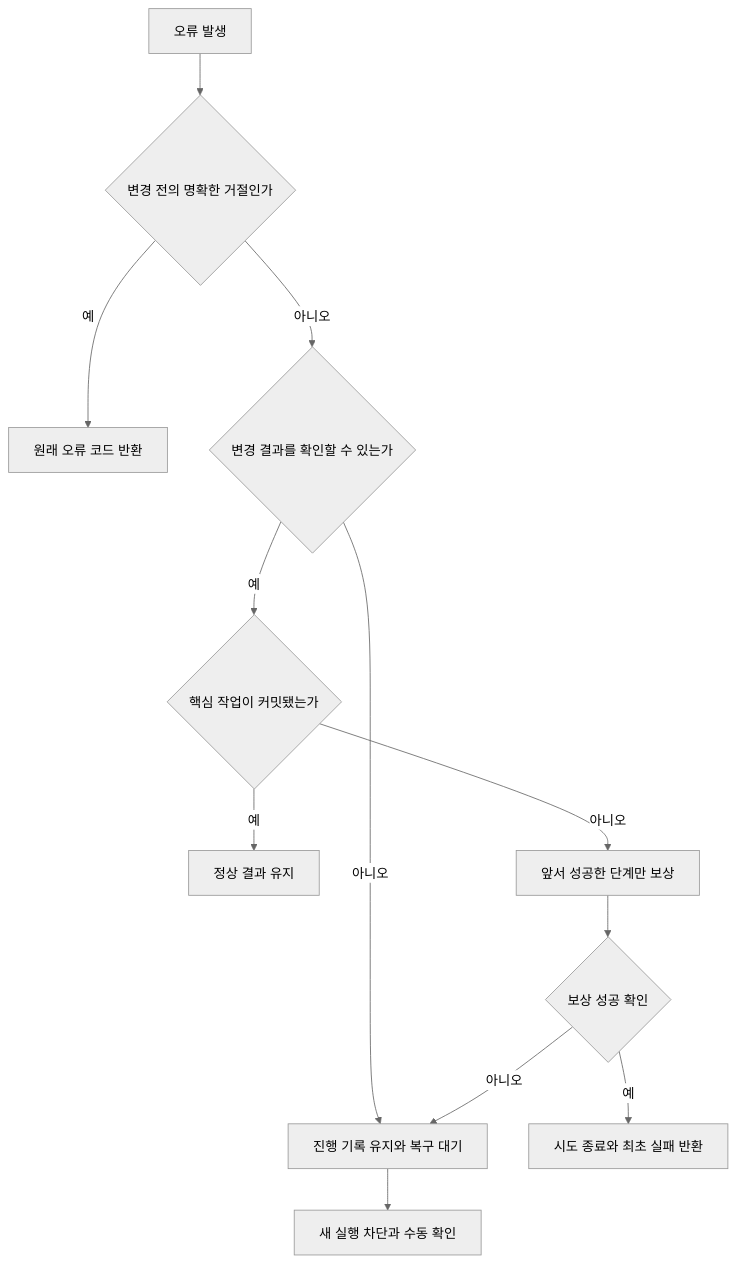
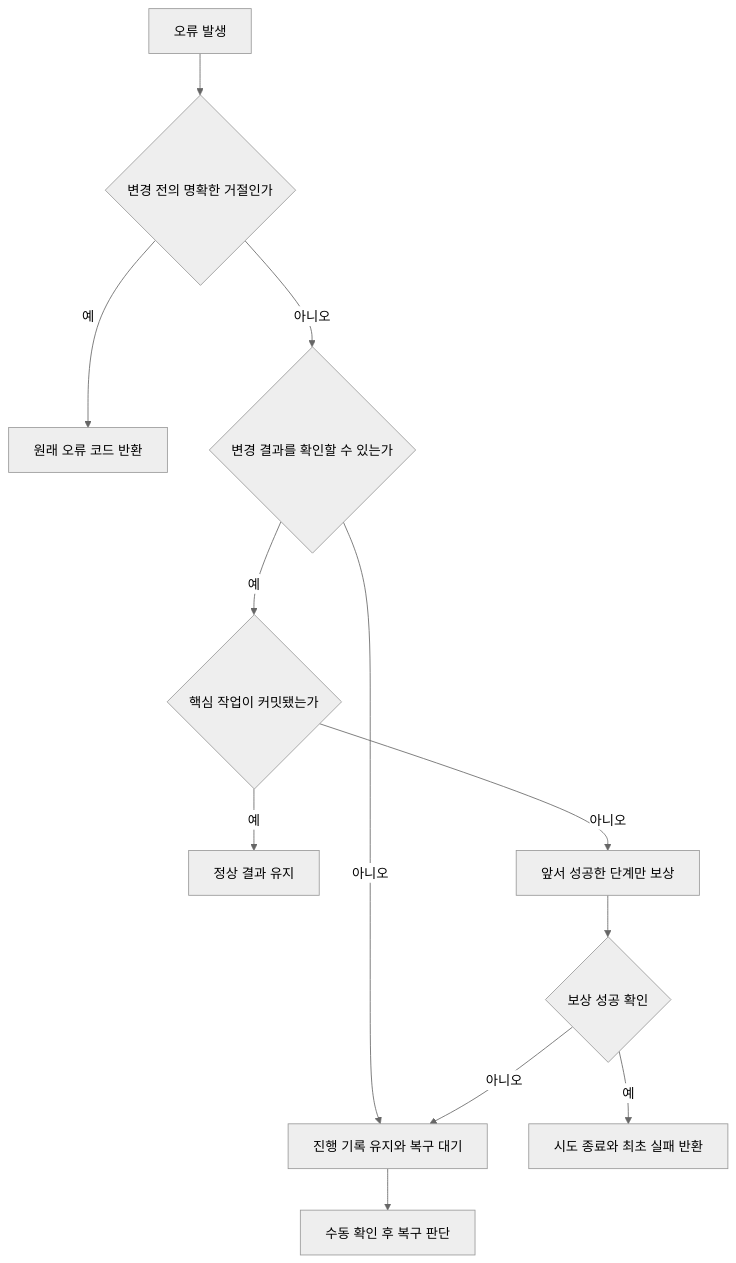
One commit to logistics-group3/logistics-management changed the diagram in docs/services/order/failure-handling.md. Above: the diagram before and after it, drawn with Mermaid (neutral theme). The commit also changed other lines of this file and 31 other files, not shown here.

````diff
--- a/docs/services/order/failure-handling.md
+++ b/docs/services/order/failure-handling.md
@@ -21,14 +21,14 @@
 ```mermaid
 flowchart TD
     A[오류 발생] --> B{변경 전의 명확한 거절인가}
     B -->|예| C[원래 오류 코드 반환]
     B -->|아니오| D{변경 결과를 확인할 수 있는가}
     D -->|아니오| E[진행 기록 유지와 복구 대기]
     D -->|예| F{핵심 작업이 커밋됐는가}
     F -->|예| G[정상 결과 유지]
     F -->|아니오| H[앞서 성공한 단계만 보상]
     H --> I{보상 성공 확인}
     I -->|예| J[시도 종료와 최초 실패 반환]
     I -->|아니오| E
-    E --> K[새 실행 차단과 수동 확인]
+    E --> K[수동 확인 후 복구 판단]
 ```
````
